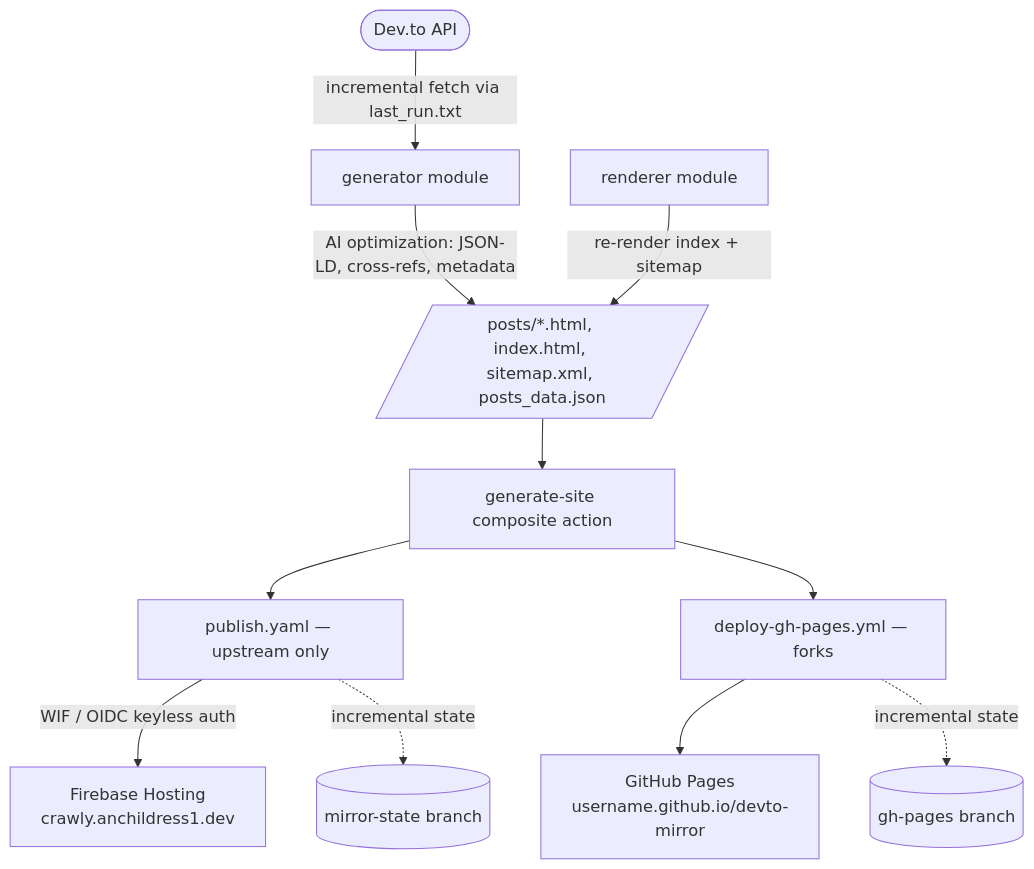
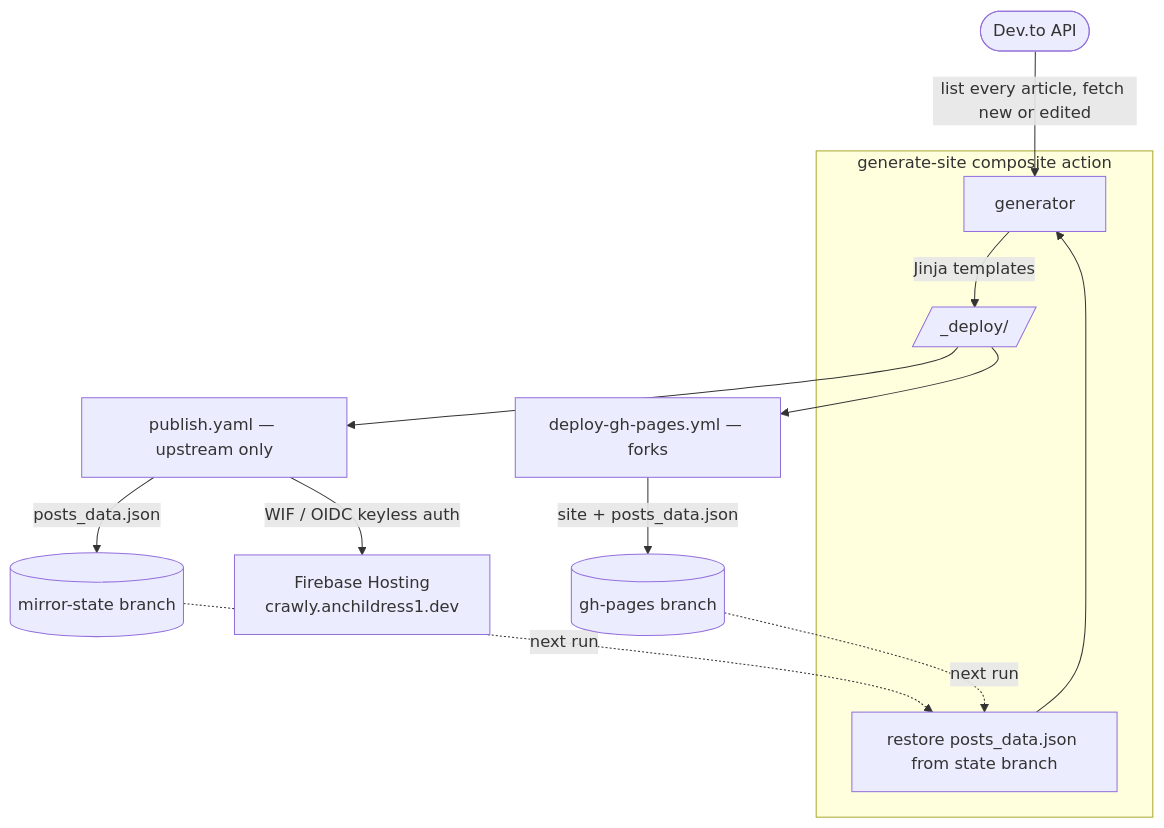
The diagram in README.md (anchildress1/devto-mirror), drawn with Mermaid before and after one commit. The commit also changed other lines of this file and 120 other files, not shown here.

First line of the commit message:
refactor: rebuild the generator around a single article store (#113)

````diff
--- a/README.md
+++ b/README.md
@@ -76,16 +76,19 @@
 ```mermaid
+%%{init: {"theme": "default"}}%%
 flowchart TD
     accTitle: Dev.to Mirror build and deploy pipeline
-    accDescr: Posts are fetched incrementally from the Dev.to API, rendered to static HTML by the generator and renderer modules, assembled by a shared composite action, then deployed to Firebase Hosting on the upstream repo or to GitHub Pages on forks, with incremental state stored on separate branches.
+    accDescr: The shared generate-site action restores posts_data.json from the state branch, the generator syncs it against the Dev.to API and renders the whole site into _deploy, then publish.yaml deploys to Firebase Hosting and saves the store to mirror-state upstream, while deploy-gh-pages.yml publishes site and store together to gh-pages on forks. The next run restores the store from that branch.
 
-    devto([Dev.to API]) -->|incremental fetch via last_run.txt| gen[generator module]
-    gen -->|AI optimization: JSON-LD, cross-refs, metadata| art[/"posts/*.html, index.html, sitemap.xml, posts_data.json"/]
-    ren[renderer module] -->|re-render index + sitemap| art
-    art --> action[generate-site composite action]
-    action --> pub[publish.yaml — upstream only]
-    action --> ghp[deploy-gh-pages.yml — forks]
+    devto([Dev.to API]) -->|list every article, fetch new or edited| gen
+    subgraph action [generate-site composite action]
+        restore[restore posts_data.json from state branch] --> gen[generator]
+        gen -->|Jinja templates| out[/"_deploy/"/]
+    end
+    out --> pub[publish.yaml — upstream only]
+    out --> ghp[deploy-gh-pages.yml — forks]
     pub -->|WIF / OIDC keyless auth| fb[Firebase Hosting<br/>crawly.anchildress1.dev]
-    ghp --> pages[GitHub Pages<br/>username.github.io/devto-mirror]
-    pub -.incremental state.-> ms[(mirror-state branch)]
-    ghp -.incremental state.-> gp[(gh-pages branch)]
+    pub -->|posts_data.json| ms[(mirror-state branch)]
+    ghp -->|site + posts_data.json| gp[(gh-pages branch)]
+    ms -.next run.-> restore
+    gp -.next run.-> restore
 ```
````
